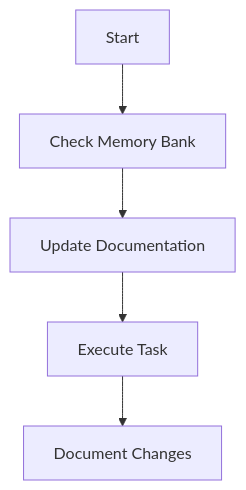
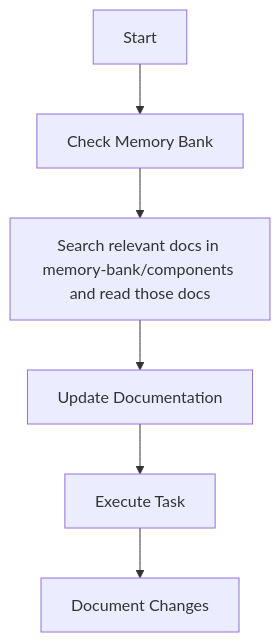
The third of 4 diagrams in .clinerules/memory-bank.md (gitpod-io/gitpod), drawn with Mermaid before and after one commit. The commit also changed other lines of this file, not shown here.

Commit message:
another stab at memory-bank/componets: replace index by `find`

````diff
--- a/.clinerules/memory-bank.md
+++ b/.clinerules/memory-bank.md
@@ -103,7 +94,8 @@
 ```mermaid
 flowchart TD
     Start[Start] --> Context[Check Memory Bank]
-    Context --> Update[Update Documentation]
+    Context --> SearchAndReadComponentDocumentation[Search relevant docs in memory-bank/components and read those docs]
+    SearchAndReadComponentDocumentation --> Update[Update Documentation]
     Update --> Execute[Execute Task]
     Execute --> Document[Document Changes]
 ```
````
